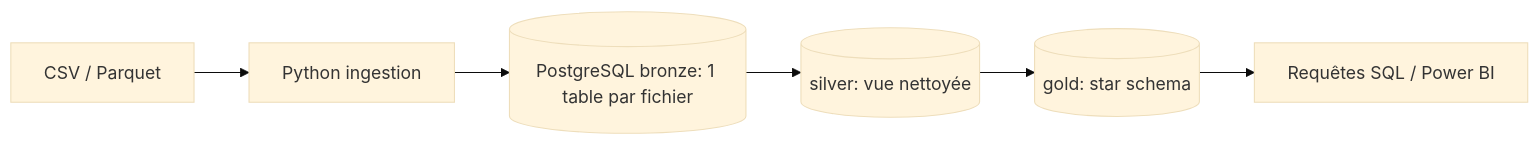
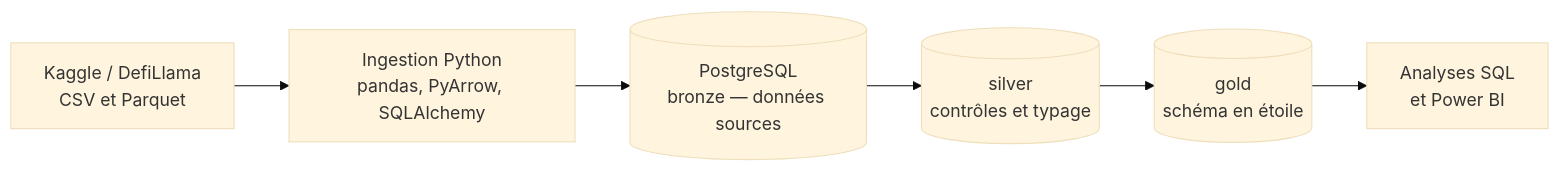
The first of 2 diagrams in README.md (camel-lion-child/defi_pools), drawn with Mermaid (base theme) before and after one commit. The commit also changed other lines of this file, not shown here.

````diff
--- a/README.md
+++ b/README.md
@@ -11,8 +29,8 @@
 ```mermaid
 flowchart LR
-A[CSV / Parquet] --> B[Python ingestion]
-B --> C[(PostgreSQL bronze: 1 table par fichier)]
-C --> D[(silver: vue nettoyée)]
-D --> E[(gold: star schema)]
-E --> F[Requêtes SQL / Power BI]
+    A["Kaggle / DefiLlama<br/>CSV et Parquet"] --> B["Ingestion Python<br/>pandas, PyArrow, SQLAlchemy"]
+    B --> C[("PostgreSQL<br/>bronze — données sources")]
+    C --> D[("silver<br/>contrôles et typage")]
+    D --> E[("gold<br/>schéma en étoile")]
+    E --> F["Analyses SQL<br/>et Power BI"]
 ```
````
